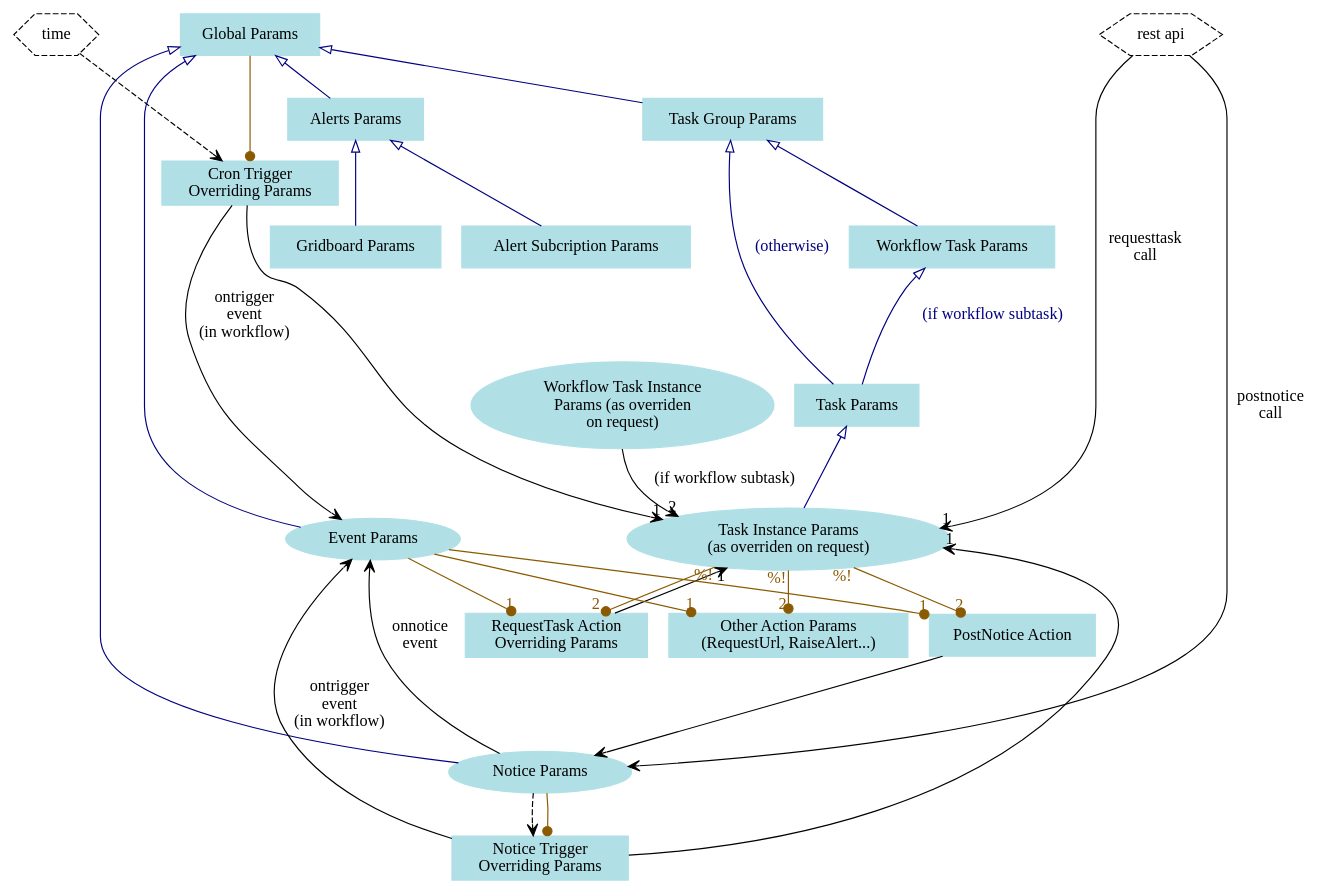
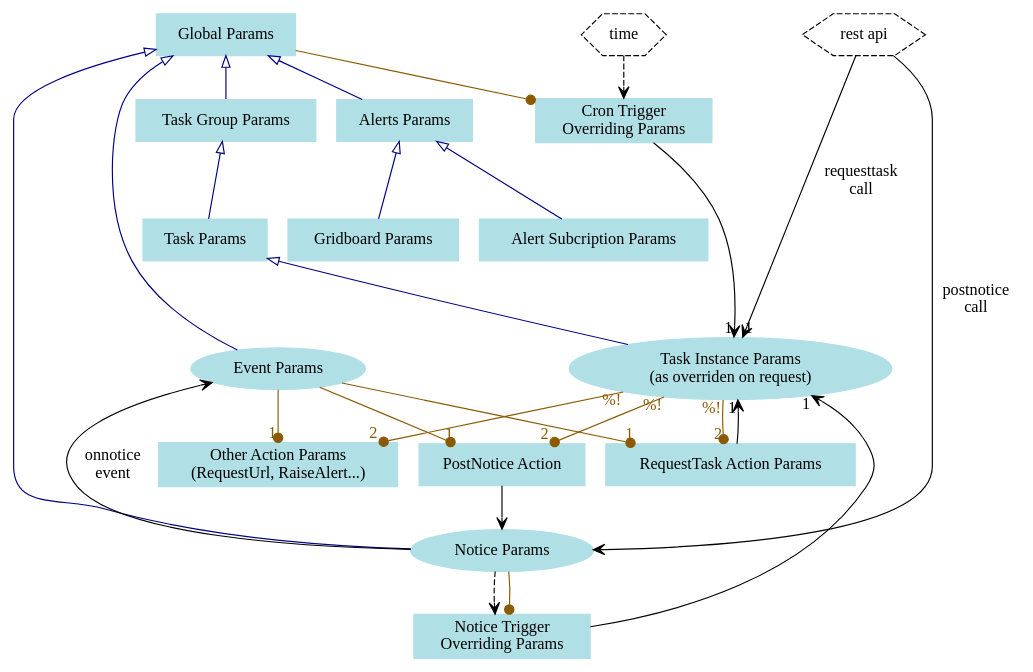
Before and after one commit to g76r/libqron: the diagram in doc/paramset_hierarchy.dot, drawn with Graphviz. The commit also changed 32 other files, not shown here.

```diff
--- a/doc/paramset_hierarchy.dot
+++ b/doc/paramset_hierarchy.dot
@@ -1,78 +1,71 @@
 graph g {
 
 // configuration objects carrying params
 node [shape=box,style=filled,color=powderblue]
 global [label="Global Params"]
 { rank=min; global } // sticked at the top
-workflowtask [label="Workflow Task Params"]
 taskgroup [label="Task Group Params"]
 task [label="Task Params"]
 noticetrigger [label="Notice Trigger\nOverriding Params"]
 crontrigger [label="Cron Trigger\nOverriding Params"]
-requesttaskaction [label="RequestTask Action\nOverriding Params"]
+requesttaskaction [label="RequestTask Action Params"]
 postnoticeaction [label="PostNotice Action"]
 otheraction [label="Other Action Params\n(RequestUrl, RaiseAlert...)"]
 alerts [label="Alerts Params"]
 //webconsole [label="Web Console Params"]
 alertsub [label="Alert Subcription Params"]
 gridboard [label="Gridboard Params"]
 
 // runtime objects carrying params
 node [shape=ellipse]
 taskinstance [label="Task Instance Params\n(as overriden on request)"]
-workflowtaskinstance [label="Workflow Task Instance\nParams (as overriden\non request)"]
 event [label="Event Params"]
 notice [label="Notice Params"]
 { rank=same; event; taskinstance } // hint to avoid layouts with notice above event
 
 // actors
 node [shape=hexagon,style=dashed,color=""]
 restapi [label="REST API"]
 time [label="time"]
 { rank=min; restapi; time; } // sticked at the top
 
 // ParamSet inheritage (mostly in configuration)
 edge [dir=back,arrowtail=onormal,color=navy,fontcolor=navy]
-global -- taskgroup -- workflowtask
-workflowtask -- task [label="(if workflow subtask)"]
-taskgroup -- task [label="(otherwise)"]
+global -- taskgroup -- task
 task -- taskinstance
 global -- event
 global -- notice
 global -- alerts -- alertsub
 alerts -- gridboard
 //global -- webconsole
 
 // parameter injection at runtime
 edge [dir=forward,arrowhead=vee,color=black,fontcolor=black]
-workflowtaskinstance -- taskinstance [label="(if workflow subtask)",headlabel=2]
 crontrigger -- taskinstance [headlabel=1]
 noticetrigger -- taskinstance [headlabel=1]
 notice -- event [label="onnotice\nevent"]
 restapi [label="rest api"]
 restapi -- notice [label="postnotice\ncall"]
 requesttaskaction -- taskinstance [headlabel=1]
 postnoticeaction -- notice
 restapi -- taskinstance [label="requesttask\ncall",headlabel=1]
-crontrigger -- event [label="ontrigger\nevent\n(in workflow)"]
-noticetrigger -- event [label="ontrigger\nevent\n(in workflow)"]
 
 // triggering w/o params
 time -- crontrigger [style=dashed]
 notice -- noticetrigger [style=dashed]
 
 // context for parameters evaluation
 edge [dir=forward,arrowhead=dot,color=orange4,fontcolor=orange4]
 notice -- noticetrigger
 global -- crontrigger
 // note: taskinstance -- xxxaction edges make only sense when the event occurs
 //       within a task
 // note: taskinstance -- xxxaction edges only give visibility taskinstance %!
 //        params, not taskinstance's params being them overriden or not
 event -- requesttaskaction [headlabel=1]
 taskinstance -- requesttaskaction [taillabel="%!",headlabel=2]
 event -- postnoticeaction [headlabel=1]
 taskinstance -- postnoticeaction [taillabel="%!",headlabel=2]
 event -- otheraction [headlabel=1]
 taskinstance -- otheraction [taillabel="%!",headlabel=2]
 }
```
